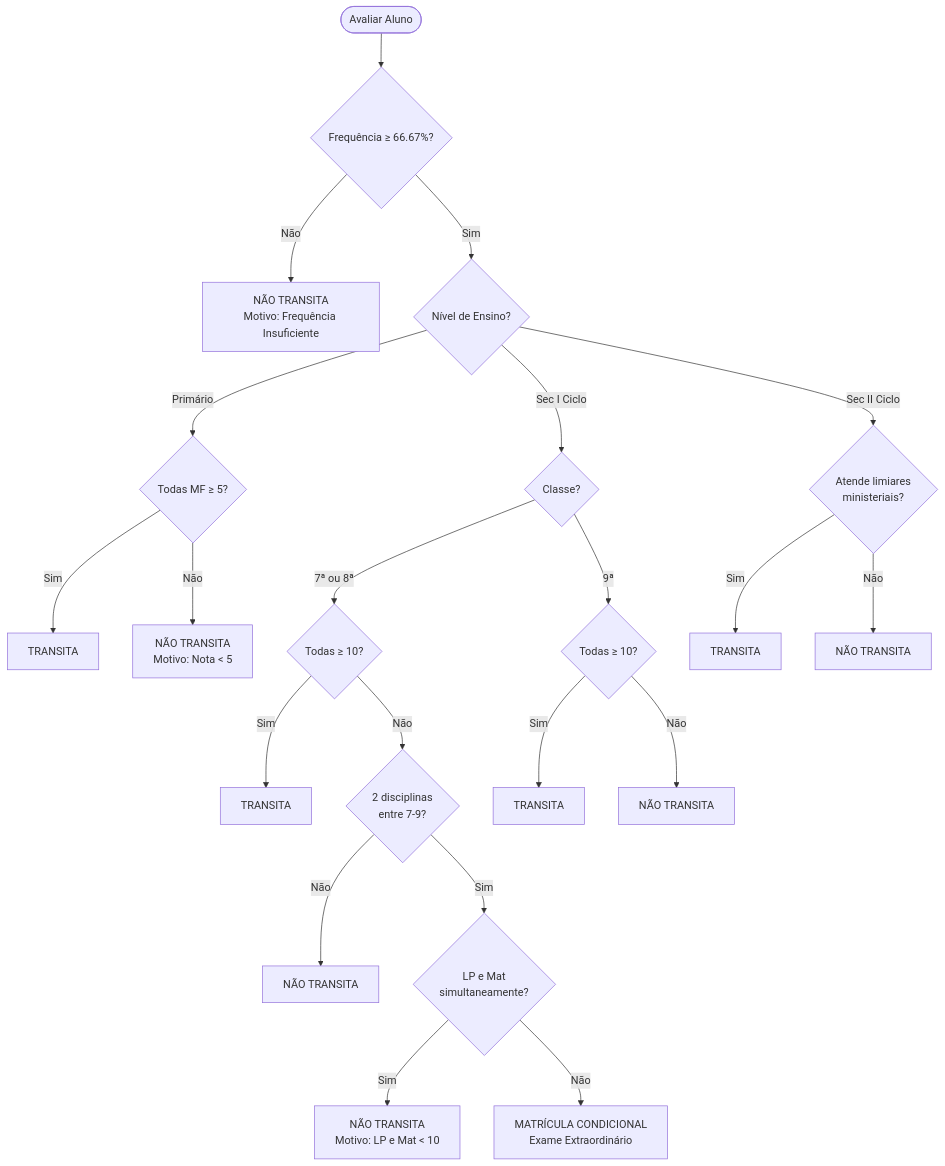
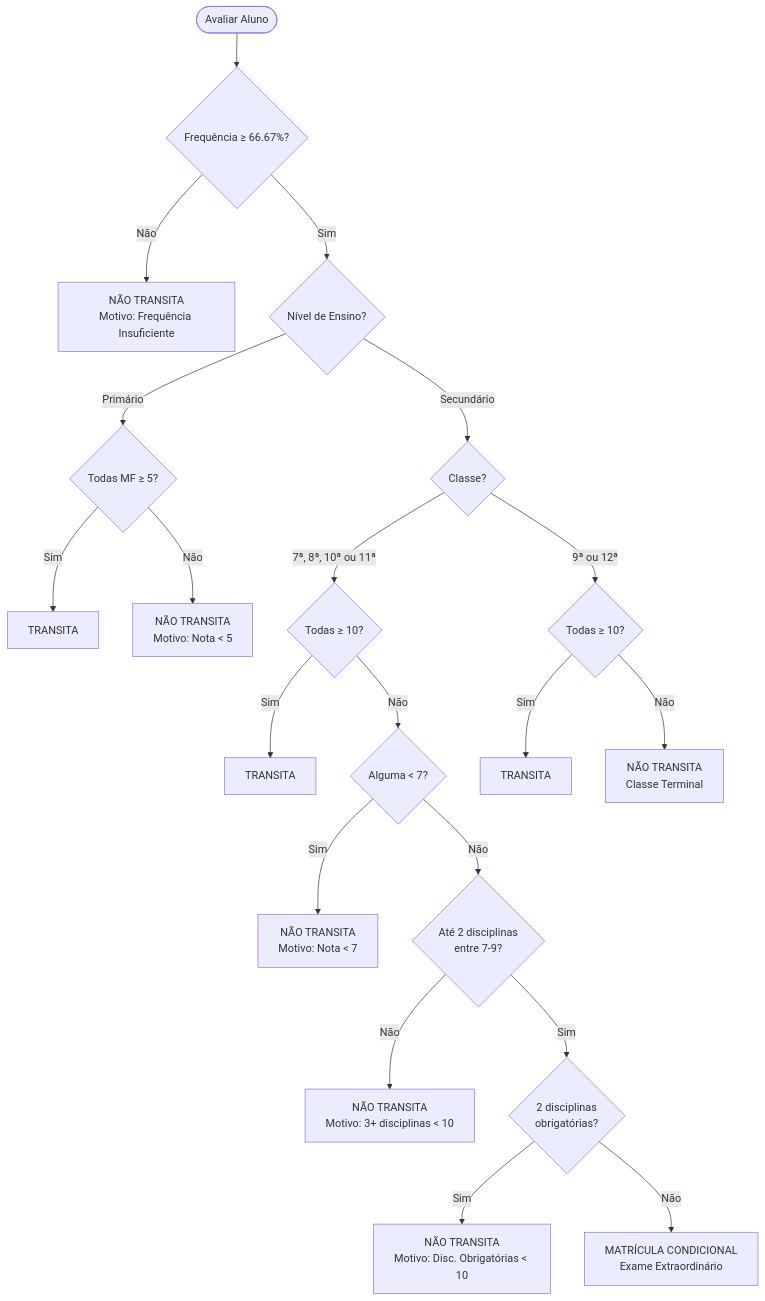
Before and after one commit to Ildo7Cuema/Mini_pautas: the diagram in .agent/REGRAS_AVALIACAO_ANGOLA.md, drawn with Mermaid. The commit also changed other lines of this file and 1 other file, not shown here.

Commit message:
feat: implement detailed Angolan secondary education evaluation rules, including conditional transition for 10th/11th grades and terminal class criteria for 9th/12th grades.

````diff
--- a/.agent/REGRAS_AVALIACAO_ANGOLA.md
+++ b/.agent/REGRAS_AVALIACAO_ANGOLA.md
@@ -225,27 +241,26 @@
 ```mermaid
 flowchart TD
     Start([Avaliar Aluno]) --> CheckFreq{Frequência ≥ 66.67%?}
     CheckFreq -->|Não| Retido1[NÃO TRANSITA<br/>Motivo: Frequência Insuficiente]
     CheckFreq -->|Sim| CheckNivel{Nível de Ensino?}
     
     CheckNivel -->|Primário| CheckPrim{Todas MF ≥ 5?}
     CheckPrim -->|Sim| Transita1[TRANSITA]
     CheckPrim -->|Não| Retido2[NÃO TRANSITA<br/>Motivo: Nota < 5]
     
-    CheckNivel -->|Sec I Ciclo| CheckClasse{Classe?}
-    CheckClasse -->|7ª ou 8ª| CheckNotas78{Todas ≥ 10?}
-    CheckNotas78 -->|Sim| Transita2[TRANSITA]
-    CheckNotas78 -->|Não| CheckCond{2 disciplinas<br/>entre 7-9?}
-    CheckCond -->|Não| Retido3[NÃO TRANSITA]
-    CheckCond -->|Sim| CheckLP_Mat{LP e Mat<br/>simultaneamente?}
-    CheckLP_Mat -->|Sim| Retido4[NÃO TRANSITA<br/>Motivo: LP e Mat < 10]
-    CheckLP_Mat -->|Não| Condicional[MATRÍCULA CONDICIONAL<br/>Exame Extraordinário]
+    CheckNivel -->|Secundário| CheckClasse{Classe?}
     
-    CheckClasse -->|9ª| CheckNotas9{Todas ≥ 10?}
-    CheckNotas9 -->|Sim| Transita3[TRANSITA]
-    CheckNotas9 -->|Não| Retido5[NÃO TRANSITA]
+    CheckClasse -->|7ª, 8ª, 10ª ou 11ª| CheckNotas{Todas ≥ 10?}
+    CheckNotas -->|Sim| Transita2[TRANSITA]
+    CheckNotas -->|Não| CheckAbaixo7{Alguma < 7?}
+    CheckAbaixo7 -->|Sim| Retido3[NÃO TRANSITA<br/>Motivo: Nota < 7]
+    CheckAbaixo7 -->|Não| CheckCond{Até 2 disciplinas<br/>entre 7-9?}
+    CheckCond -->|Não| Retido4[NÃO TRANSITA<br/>Motivo: 3+ disciplinas < 10]
+    CheckCond -->|Sim| CheckObrig{2 disciplinas<br/>obrigatórias?}
+    CheckObrig -->|Sim| Retido5[NÃO TRANSITA<br/>Motivo: Disc. Obrigatórias < 10]
+    CheckObrig -->|Não| Condicional[MATRÍCULA CONDICIONAL<br/>Exame Extraordinário]
     
-    CheckNivel -->|Sec II Ciclo| CheckLimiares{Atende limiares<br/>ministeriais?}
-    CheckLimiares -->|Sim| Transita4[TRANSITA]
-    CheckLimiares -->|Não| Retido6[NÃO TRANSITA]
+    CheckClasse -->|9ª ou 12ª| CheckTerminal{Todas ≥ 10?}
+    CheckTerminal -->|Sim| Transita3[TRANSITA]
+    CheckTerminal -->|Não| Retido6[NÃO TRANSITA<br/>Classe Terminal]
 ```
````
